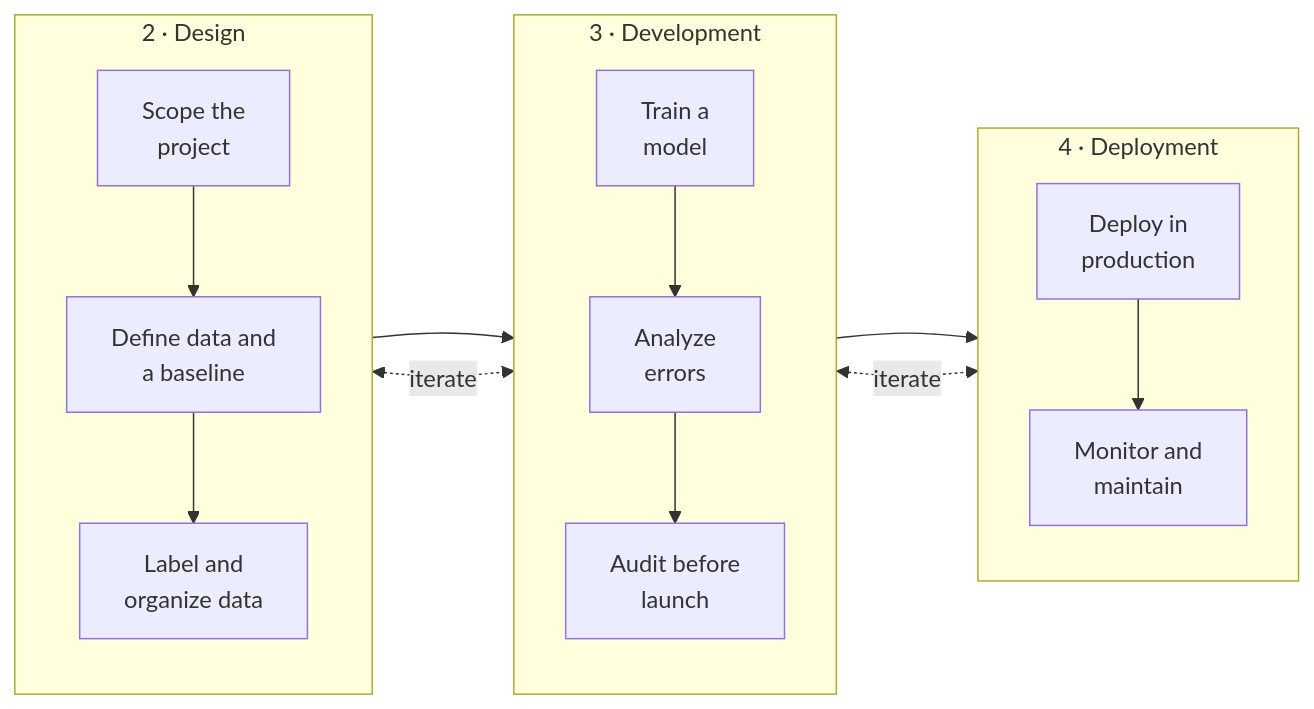
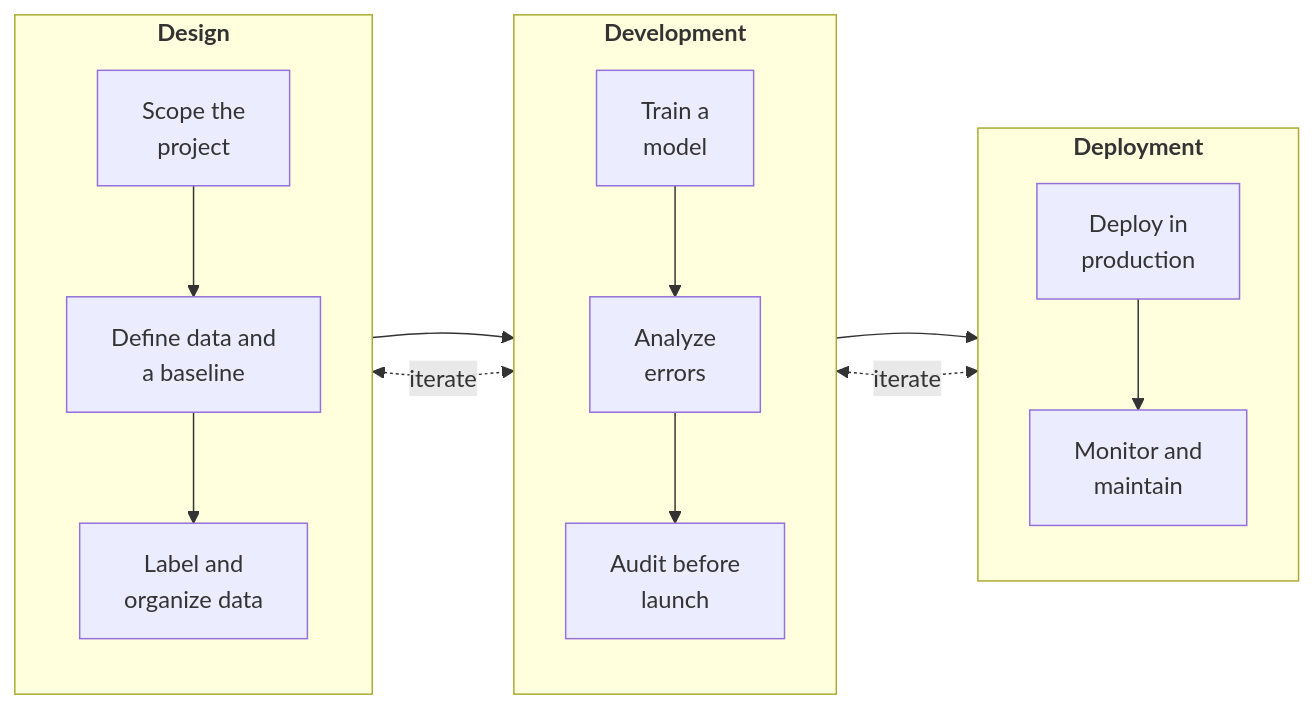
One commit to 0trm/mlkb changed the diagram in docs/index.md. Above: the diagram before and after it, drawn with Mermaid.

Commit message:
Bold the stage names in the home diagram and drop their numbers

````diff
--- a/docs/index.md
+++ b/docs/index.md
@@ -7,18 +7,18 @@
 ```mermaid
 flowchart LR
-  subgraph design[2 · Design]
+  subgraph design[<b>Design</b>]
     direction TB
     A[Scope the<br>project] --> B[Define data and<br>a baseline] --> C[Label and<br>organize data]
   end
-  subgraph development[3 · Development]
+  subgraph development[<b>Development</b>]
     direction TB
     D[Train a<br>model] --> E[Analyze<br>errors] --> F[Audit before<br>launch]
   end
-  subgraph deployment[4 · Deployment]
+  subgraph deployment[<b>Deployment</b>]
     direction TB
     G[Deploy in<br>production] --> H[Monitor and<br>maintain]
   end
   design --> development --> deployment
   design <-. iterate .-> development
   development <-. iterate .-> deployment
 ```
````
